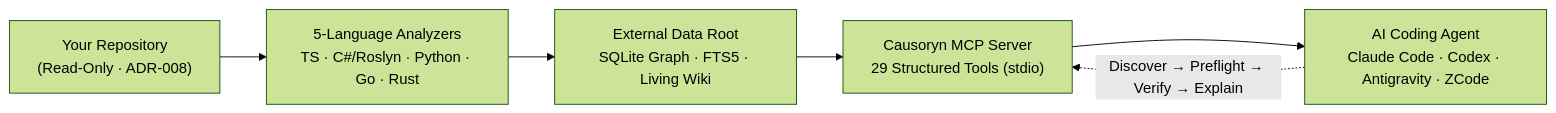
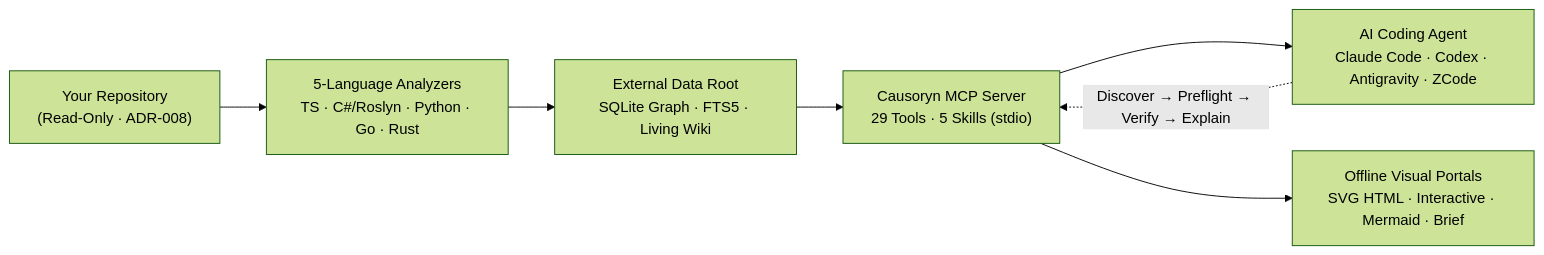
The diagram in README.md (MrBekoX/Causoryn), drawn with Mermaid (forest theme) before and after one commit. The commit also changed other lines of this file and 2 other files, not shown here.

First line of the commit message:
docs: add Causoryn.png banner and v0.2.2 README showcase (#14)

````diff
--- a/README.md
+++ b/README.md
@@ -18,8 +32,9 @@
 ```mermaid
 flowchart LR
   WS["Your Repository<br/>(Read-Only · ADR-008)"] --> AN["5-Language Analyzers<br/>TS · C#/Roslyn · Python · Go · Rust"]
   AN --> DB["External Data Root<br/>SQLite Graph · FTS5 · Living Wiki"]
-  DB --> MCP["Causoryn MCP Server<br/>29 Structured Tools (stdio)"]
+  DB --> MCP["Causoryn MCP Server<br/>29 Tools · 5 Skills (stdio)"]
   MCP --> AGENT["AI Coding Agent<br/>Claude Code · Codex · Antigravity · ZCode"]
+  MCP --> PORTAL["Offline Visual Portals<br/>SVG HTML · Interactive · Mermaid · Brief"]
   AGENT -. "Discover → Preflight → Verify → Explain" .-> MCP
 ```
````
